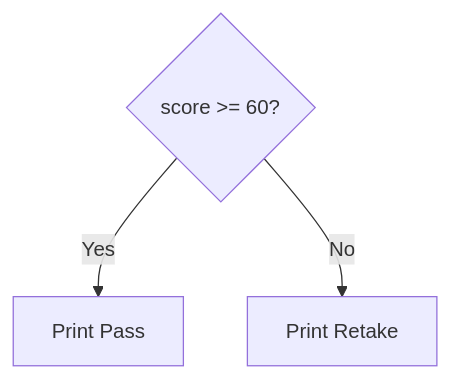
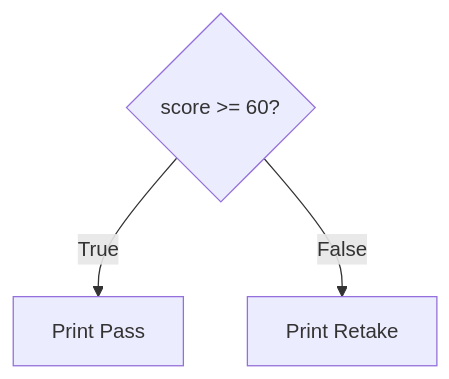
Before and after one commit to ritzrmx/Masai_Curriculum: the second of 9 diagrams in IITP_AIML_Regional/IITP-AIMLT-2606/Module 1- Foundations of Data/Session 3- Control Flow & Decision Making/pre-read: Control Flow & Decision Making.md, drawn with Mermaid. The commit also changed other lines of this file and 38 other files, not shown here.

````diff
--- a/IITP_AIML_Regional/IITP-AIMLT-2606/Module 1- Foundations of Data/Session 3- Control Flow & Decision Making/pre-read: Control Flow & Decision Making.md
+++ b/IITP_AIML_Regional/IITP-AIMLT-2606/Module 1- Foundations of Data/Session 3- Control Flow & Decision Making/pre-read: Control Flow & Decision Making.md
@@ -75,6 +75,6 @@
 ```mermaid
 flowchart TD
     C{score >= 60?}
-    C -->|Yes| P[Print Pass]
-    C -->|No| F[Print Retake]
+    C -->|True| P[Print Pass]
+    C -->|False| F[Print Retake]
 ```
````
